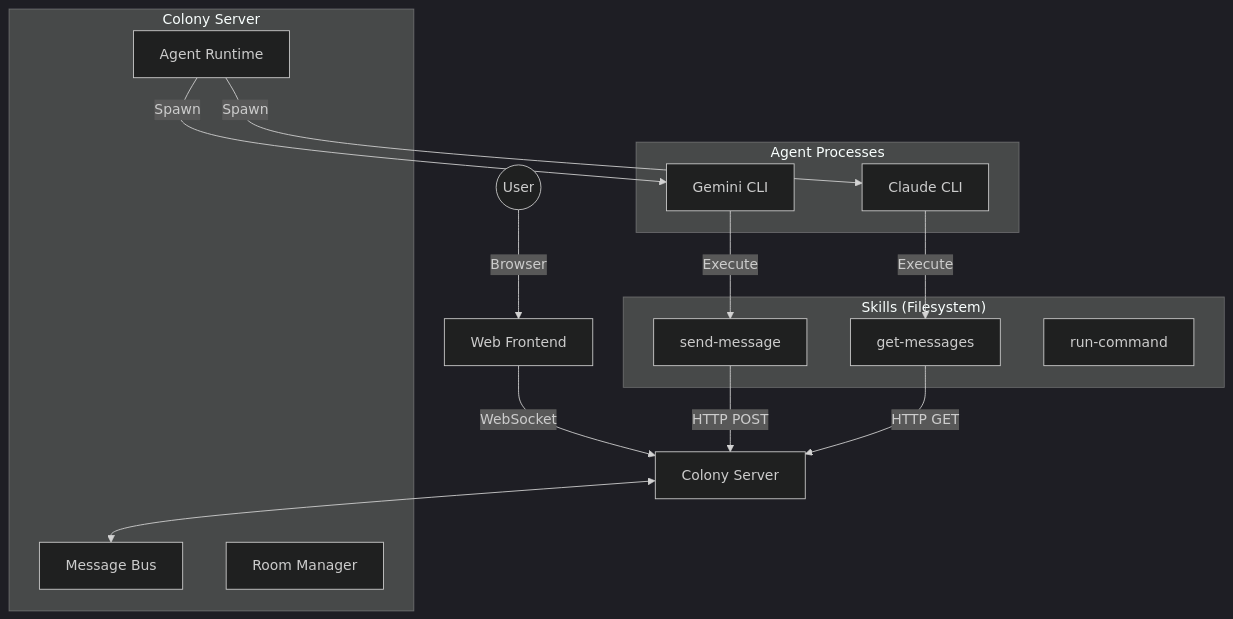
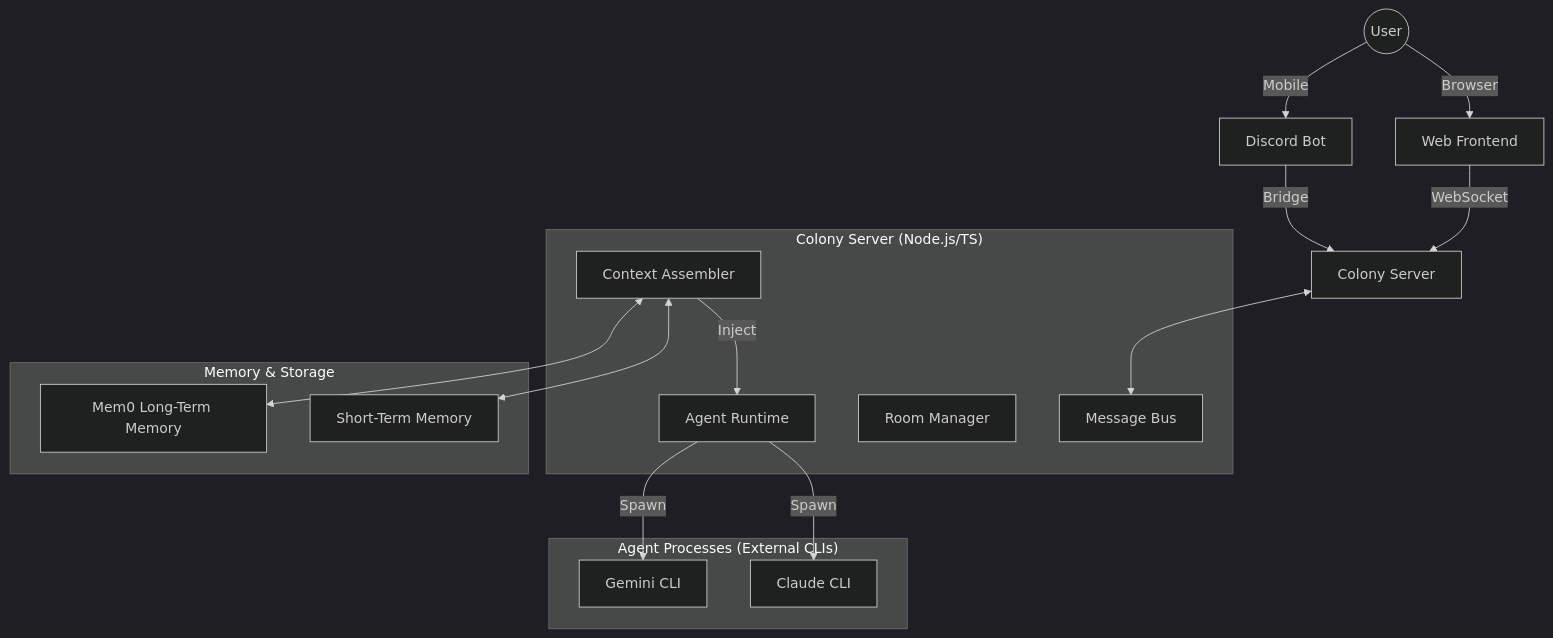
Before and after one commit to chashu2464/colony: the diagram in README.md, drawn with Mermaid (dark theme). The commit also changed other lines of this file and 12 other files, not shown here.

````diff
--- a/README.md
+++ b/README.md
@@ -57,32 +31,31 @@
 ```mermaid
 graph TD
     User((User)) -->|Browser| WebUI[Web Frontend]
+    User -->|Mobile| Discord[Discord Bot]
     WebUI -->|WebSocket| Server[Colony Server]
+    Discord -->|Bridge| Server
     
-    subgraph "Colony Server"
+    subgraph "Colony Server (Node.js/TS)"
         MessageBus[Message Bus]
         RoomManager[Room Manager]
-        AgentManager[Agent Runtime]
+        ContextAssembler[Context Assembler]
+        AgentRuntime[Agent Runtime]
     end
     
-    subgraph "Agent Processes"
+    subgraph "Agent Processes (External CLIs)"
+        Claude[Claude CLI]
         Gemini[Gemini CLI]
-        Claude[Claude CLI]
     end
     
-    subgraph "Skills (Filesystem)"
-        Skill1[send-message]
-        Skill2[get-messages]
-        Skill3[run-command]
+    subgraph "Memory & Storage"
+        ShortTerm[Short-Term Memory]
+        LongTerm[Mem0 Long-Term Memory]
     end
 
     Server <--> MessageBus
-    AgentManager -->|Spawn| Gemini
-    AgentManager -->|Spawn| Claude
-    
-    Gemini -->|Execute| Skill1
-    Claude -->|Execute| Skill2
-    
-    Skill1 -->|HTTP POST| Server
-    Skill2 -->|HTTP GET| Server
+    AgentRuntime -->|Spawn| Claude
+    AgentRuntime -->|Spawn| Gemini
+    ContextAssembler -->|Inject| AgentRuntime
+    ContextAssembler <--> ShortTerm
+    ContextAssembler <--> LongTerm
 ```
````
